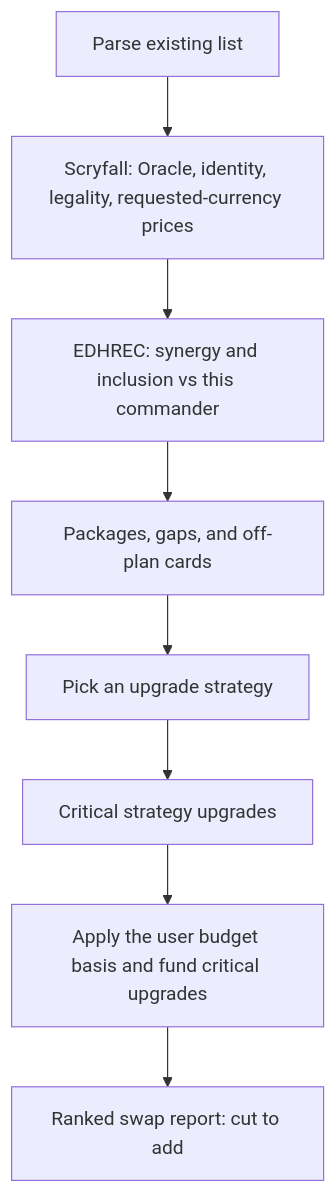
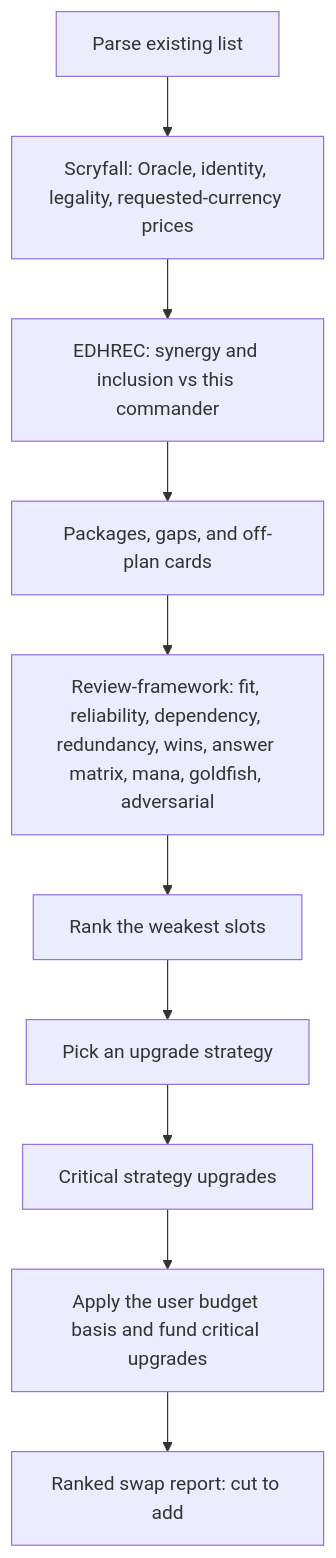
Before and after one commit to reakaleek/mtg-commander-deck-builder-skills: the second of 2 diagrams in skills/commander-deck-builder/SKILL.md, drawn with Mermaid. The commit also changed other lines of this file and 3 other files, not shown here.

Commit message:
Add multi-pass review framework and wire it into build/review flows

````diff
--- a/skills/commander-deck-builder/SKILL.md
+++ b/skills/commander-deck-builder/SKILL.md
@@ -210,12 +221,14 @@
 ```mermaid
 flowchart TD
   listIn[Parse existing list]
   fetch[Scryfall: Oracle, identity, legality, requested-currency prices]
   meta[EDHREC: synergy and inclusion vs this commander]
   profile[Packages, gaps, and off-plan cards]
+  diagnose[Review-framework: fit, reliability, dependency, redundancy, wins, answer matrix, mana, goldfish, adversarial]
+  weak[Rank the weakest slots]
   strat[Pick an upgrade strategy]
   need[Critical strategy upgrades]
   budget[Apply the user budget basis and fund critical upgrades]
   swaps[Ranked swap report: cut to add]
-  listIn --> fetch --> meta --> profile --> strat --> need --> budget --> swaps
+  listIn --> fetch --> meta --> profile --> diagnose --> weak --> strat --> need --> budget --> swaps
 ```
````
